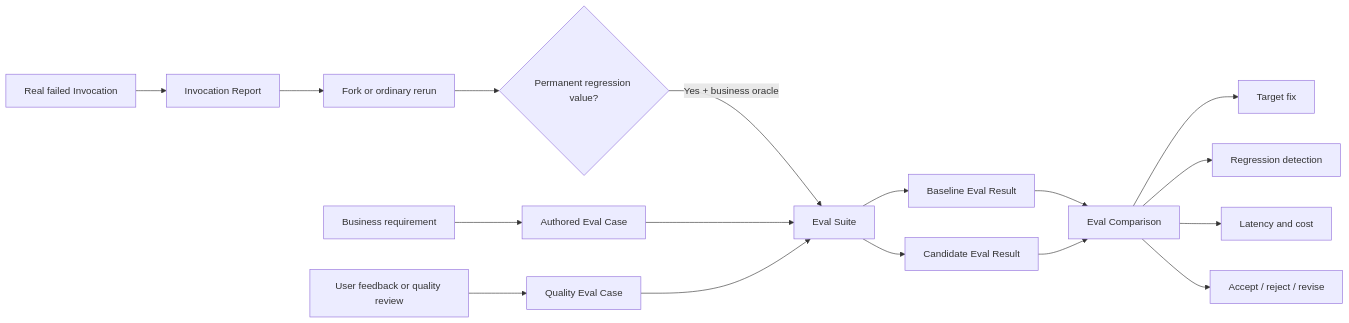
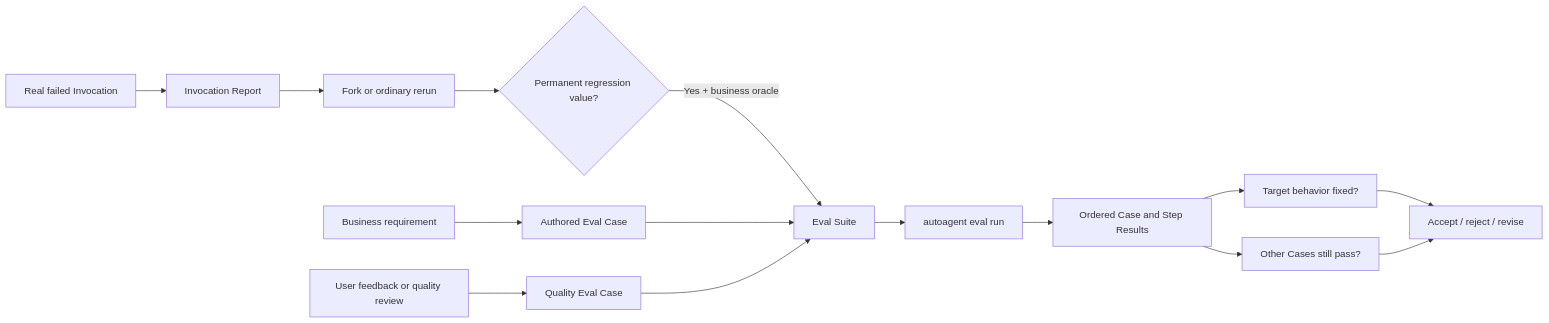
Before and after one commit to lilislight/AutoAgent: the third of 4 diagrams in MVP2.md, drawn with Mermaid. The commit also changed other lines of this file and 3 other files, not shown here.

````diff
--- a/MVP2.md
+++ b/MVP2.md
@@ -156,22 +156,19 @@
 ```mermaid
 flowchart LR
     REQUIREMENT["Business requirement"] --> AUTHORED["Authored Eval Case"]
     INCIDENT["Real failed Invocation"] --> REPORT["Invocation Report"]
     FEEDBACK["User feedback or quality review"] --> QUALITY["Quality Eval Case"]
 
     REPORT --> DEBUG["Fork or ordinary rerun"]
     DEBUG --> QUALIFY{"Permanent regression value?"}
     QUALIFY -->|"Yes + business oracle"| SUITE["Eval Suite"]
     AUTHORED --> SUITE
     QUALITY --> SUITE
 
-    SUITE --> BASELINE["Baseline Eval Result"]
-    SUITE --> CANDIDATE["Candidate Eval Result"]
-    BASELINE --> COMPARE["Eval Comparison"]
-    CANDIDATE --> COMPARE
-
-    COMPARE --> FIX["Target fix"]
-    COMPARE --> REGRESSION["Regression detection"]
-    COMPARE --> PERF["Latency and cost"]
-    COMPARE --> DECISION["Accept / reject / revise"]
+    SUITE --> RUN["autoagent eval run"]
+    RUN --> RESULTS["Ordered Case and Step Results"]
+    RESULTS --> FIX["Target behavior fixed?"]
+    RESULTS --> REGRESSION["Other Cases still pass?"]
+    FIX --> DECISION["Accept / reject / revise"]
+    REGRESSION --> DECISION
 ```
````
